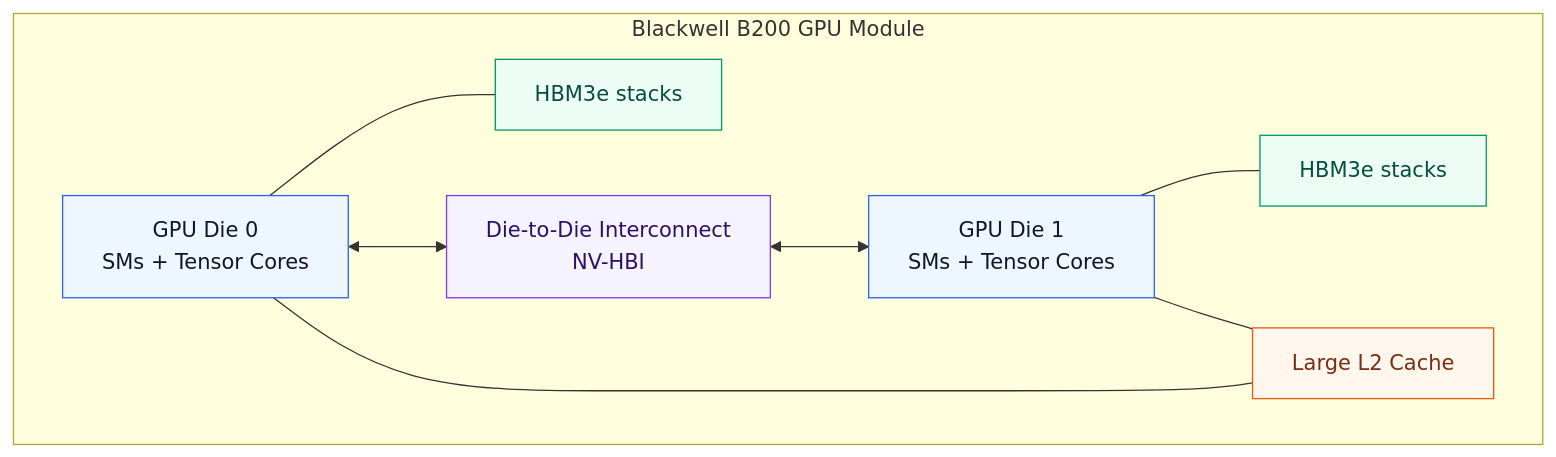
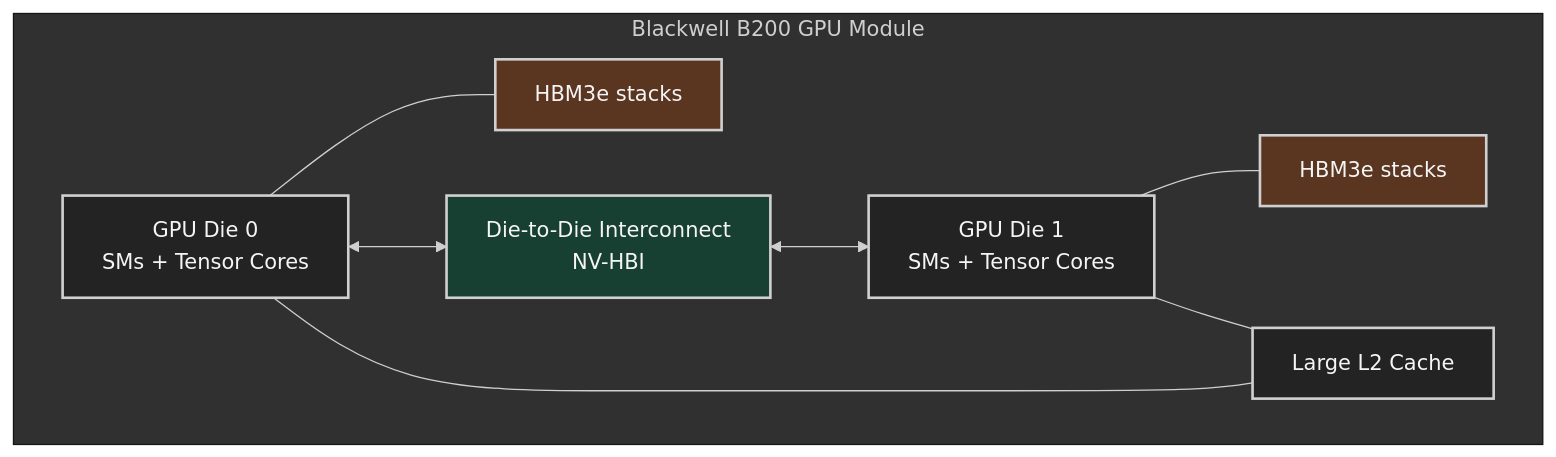
Before and after one commit to ziwon/ai-data-center-network: the fifth of 15 diagrams in ai-system-performance-engineering/chap02/README.md, drawn with Mermaid. The commit also changed other lines of this file and 35 other files, not shown here.

Commit message:
docs(mermaid): apply dark diagram style

````diff
--- a/ai-system-performance-engineering/chap02/README.md
+++ b/ai-system-performance-engineering/chap02/README.md
@@ -285,23 +289,24 @@
 ```mermaid
+%%{init: {"theme": "base", "themeVariables": {"background": "#171717", "primaryColor": "#232323", "primaryTextColor": "#f5f5f5", "primaryBorderColor": "#d0d0d0", "lineColor": "#cfcfcf", "fontFamily": "Inter, Arial, sans-serif"}}}%%
 flowchart TB
-    classDef die fill:#eef6ff,stroke:#2563eb,color:#0f172a
-    classDef hbm fill:#ecfdf5,stroke:#059669,color:#064e3b
-    classDef link fill:#f5f3ff,stroke:#7c3aed,color:#2e1065
-    classDef sw fill:#fff7ed,stroke:#ea580c,color:#7c2d12
+    classDef die fill:#232323,stroke:#d0d0d0,color:#f5f5f5,stroke-width:2px;
+    classDef hbm fill:#5a3520,stroke:#d0d0d0,color:#f5f5f5,stroke-width:2px;
+    classDef link fill:#173f32,stroke:#d0d0d0,color:#f5f5f5,stroke-width:2px;
+    classDef sw fill:#232323,stroke:#d0d0d0,color:#f5f5f5,stroke-width:2px;
 
     subgraph B200["Blackwell B200 GPU Module"]
         D0[GPU Die 0<br/>SMs + Tensor Cores]:::die
         D1[GPU Die 1<br/>SMs + Tensor Cores]:::die
         H0[HBM3e stacks]:::hbm
         H1[HBM3e stacks]:::hbm
         HBI[Die-to-Die Interconnect<br/>NV-HBI]:::link
         L2[Large L2 Cache]:::sw
     end
 
     D0 --- H0
     D1 --- H1
     D0 <--> HBI
     HBI <--> D1
     D0 --- L2
     D1 --- L2
 ```
````
